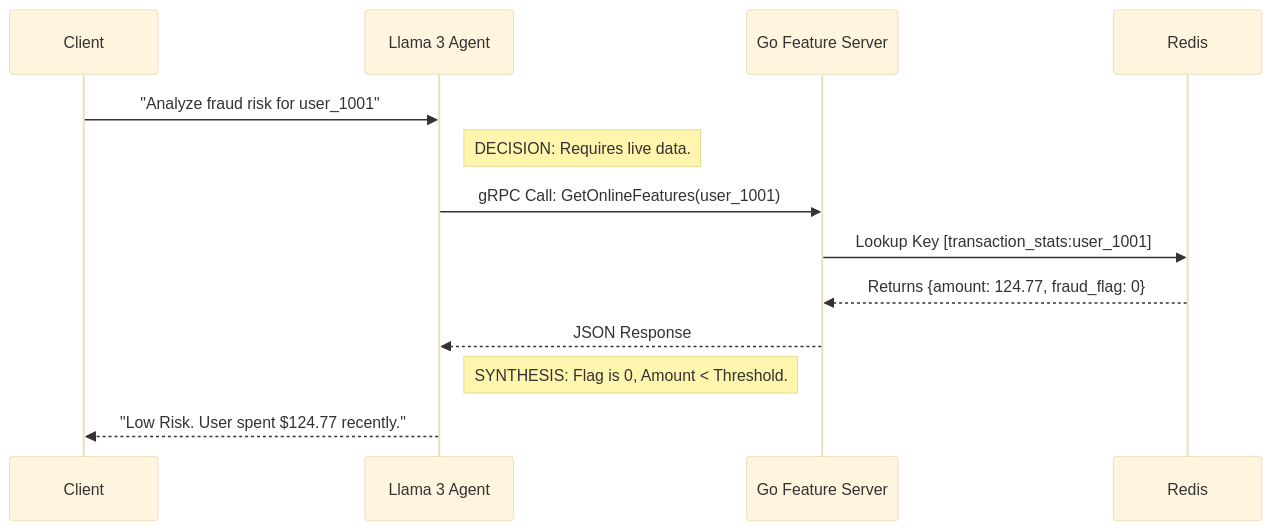
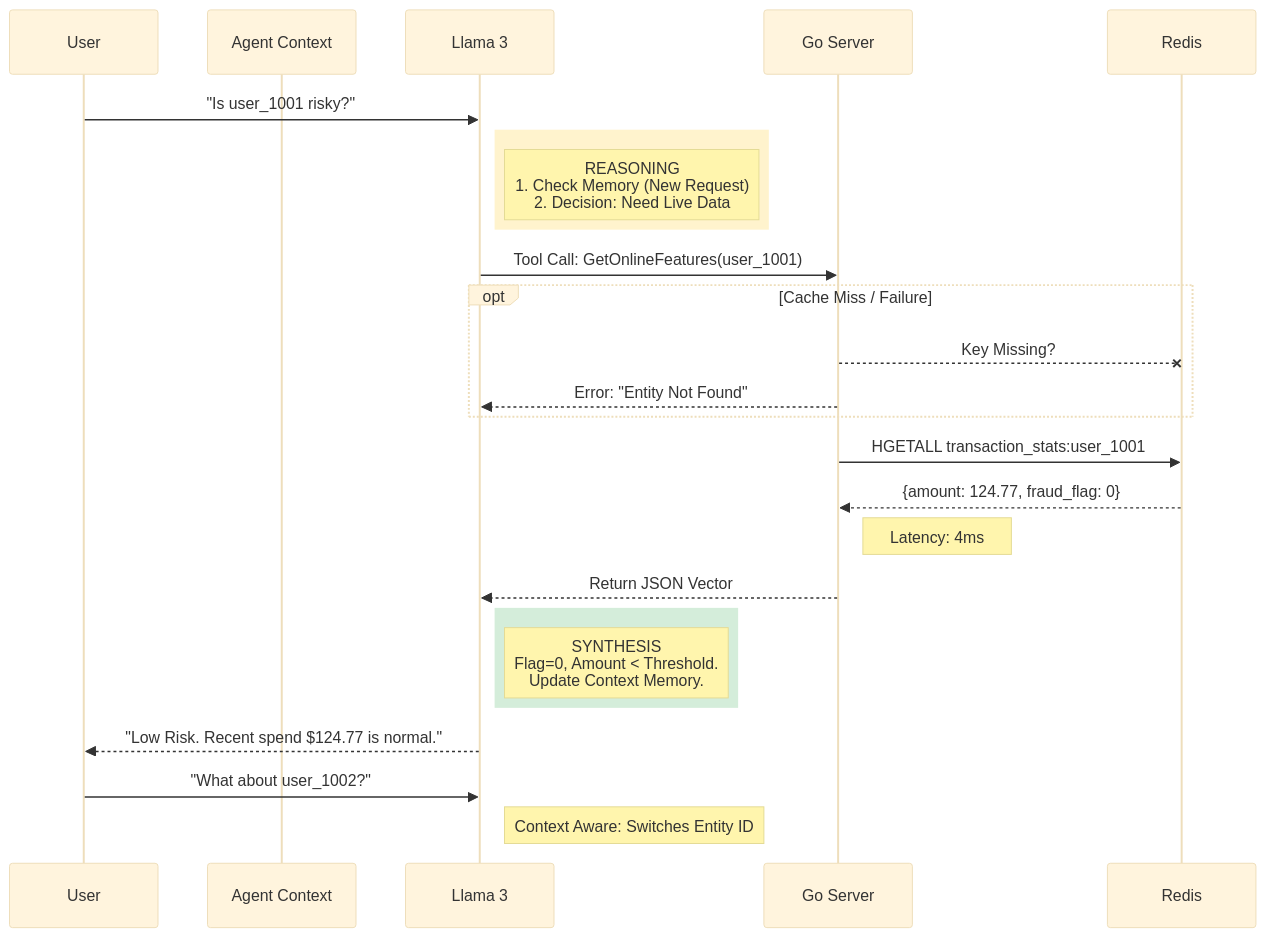
The second of 2 diagrams in README.md (SalmaTech-03/kairos-platform), drawn with Mermaid (base theme) before and after one commit. The commit also changed other lines of this file, not shown here.

First line of the commit message:
Revise README with updated system overview and architecture

````diff
--- a/README.md
+++ b/README.md
@@ -50,16 +65,35 @@
 ```mermaid
 sequenceDiagram
-    participant Client
-    participant LLM as Llama 3 Agent
-    participant Go as Go Feature Server
+    participant User
+    participant Memory as Agent Context
+    participant LLM as Llama 3
+    participant Go as Go Server
     participant Redis
 
-    Client->>LLM: "Analyze fraud risk for user_1001"
-    Note right of LLM: DECISION: Requires live data.
-    LLM->>Go: gRPC Call: GetOnlineFeatures(user_1001)
-    Go->>Redis: Lookup Key [transaction_stats:user_1001]
-    Redis-->>Go: Returns {amount: 124.77, fraud_flag: 0}
-    Go-->>LLM: JSON Response
-    Note right of LLM: SYNTHESIS: Flag is 0, Amount < Threshold.
-    LLM-->>Client: "Low Risk. User spent $124.77 recently."
+    User->>LLM: "Is user_1001 risky?"
+    
+    rect rgb(255, 243, 205)
+        Note right of LLM:  REASONING<br/>1. Check Memory (New Request)<br/>2. Decision: Need Live Data
+    end
+    
+    LLM->>Go: Tool Call: GetOnlineFeatures(user_1001)
+    
+    opt Cache Miss / Failure
+        Go--xRedis: Key Missing?
+        Go-->>LLM: Error: "Entity Not Found"
+    end
+
+    Go->>Redis: HGETALL transaction_stats:user_1001
+    Redis-->>Go: {amount: 124.77, fraud_flag: 0}
+    Note right of Go:  Latency: 4ms
+    Go-->>LLM: Return JSON Vector
+
+    rect rgb(212, 237, 218)
+        Note right of LLM:  SYNTHESIS<br/>Flag=0, Amount < Threshold.<br/>Update Context Memory.
+    end
+    
+    LLM-->>User: "Low Risk. Recent spend $124.77 is normal."
+    
+    User->>LLM: "What about user_1002?"
+    Note right of LLM: Context Aware: Switches Entity ID
 ```
````
